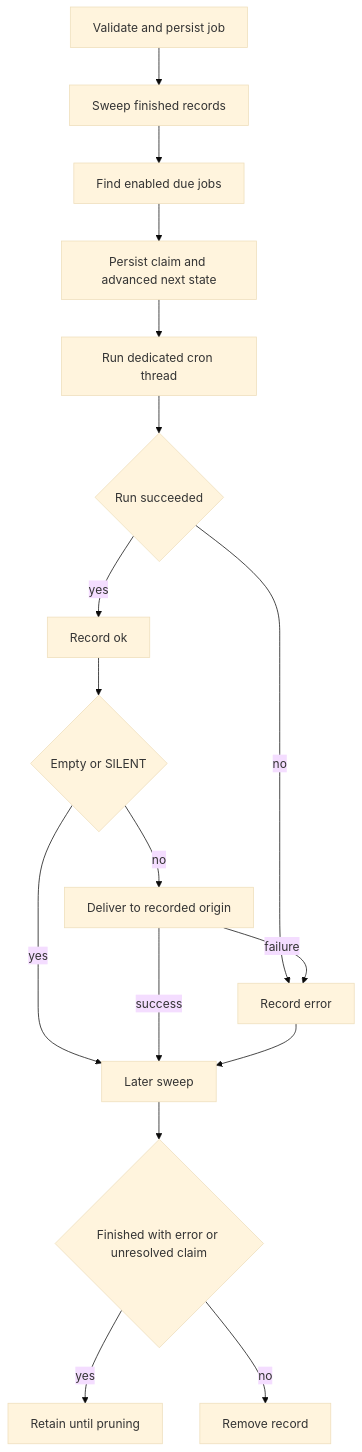
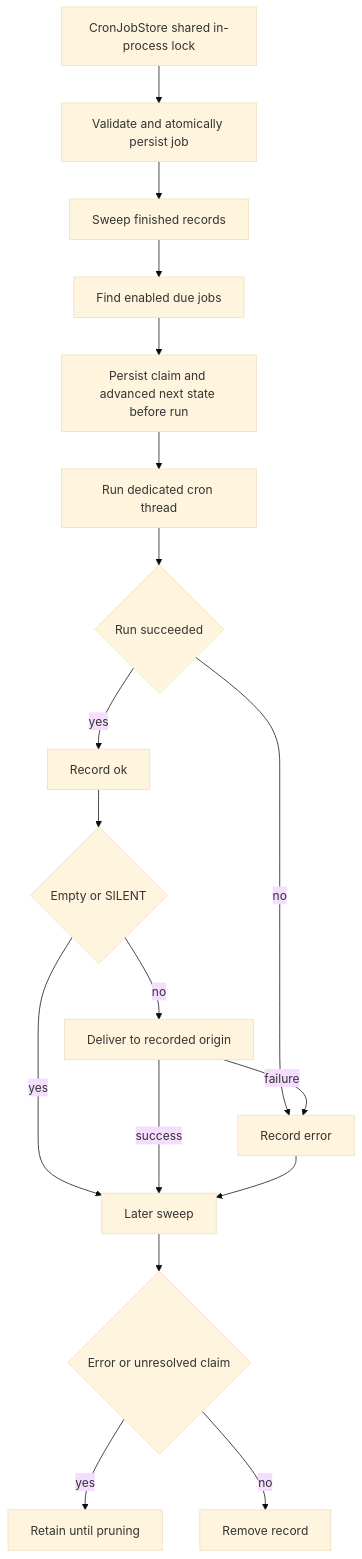
One commit to langchain-ai/deepagents changed the diagram in openwiki/concepts/talon-scheduling.md. Above: the diagram before and after it, drawn with Mermaid (base theme). The commit also changed other lines of this file and 32 other files, not shown here.

````diff
--- a/openwiki/concepts/talon-scheduling.md
+++ b/openwiki/concepts/talon-scheduling.md
@@ -66,19 +78,20 @@
 ```mermaid
 flowchart TD
-    Create["Validate and persist job"] --> Sweep["Sweep finished records"]
+    Store["CronJobStore shared in-process lock"] --> Create["Validate and atomically persist job"]
+    Create --> Sweep["Sweep finished records"]
     Sweep --> Due["Find enabled due jobs"]
-    Due --> Claim["Persist claim and advanced next state"]
+    Due --> Claim["Persist claim and advanced next state before run"]
     Claim --> Run["Run dedicated cron thread"]
     Run --> Result{"Run succeeded"}
     Result -->|"no"| Failed["Record error"]
     Result -->|"yes"| Ok["Record ok"]
     Ok --> Quiet{"Empty or SILENT"}
     Quiet -->|"yes"| Later["Later sweep"]
     Quiet -->|"no"| Deliver["Deliver to recorded origin"]
     Deliver -->|"failure"| Failed
     Deliver -->|"success"| Later
     Failed --> Later
-    Later --> Retain{"Finished with error or unresolved claim"}
+    Later --> Retain{"Error or unresolved claim"}
     Retain -->|"yes"| Keep["Retain until pruning"]
     Retain -->|"no"| Delete["Remove record"]
 ```
````
